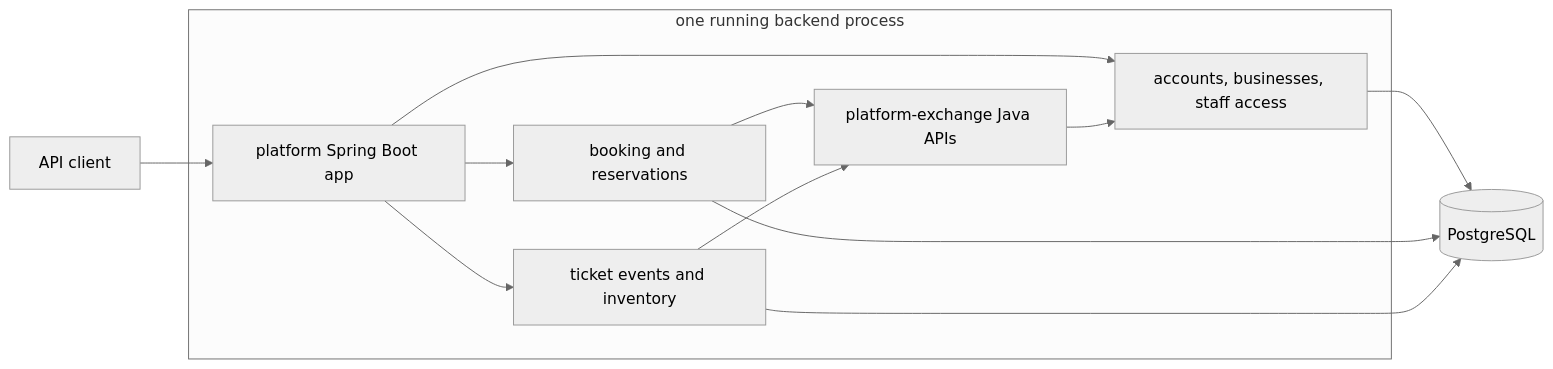
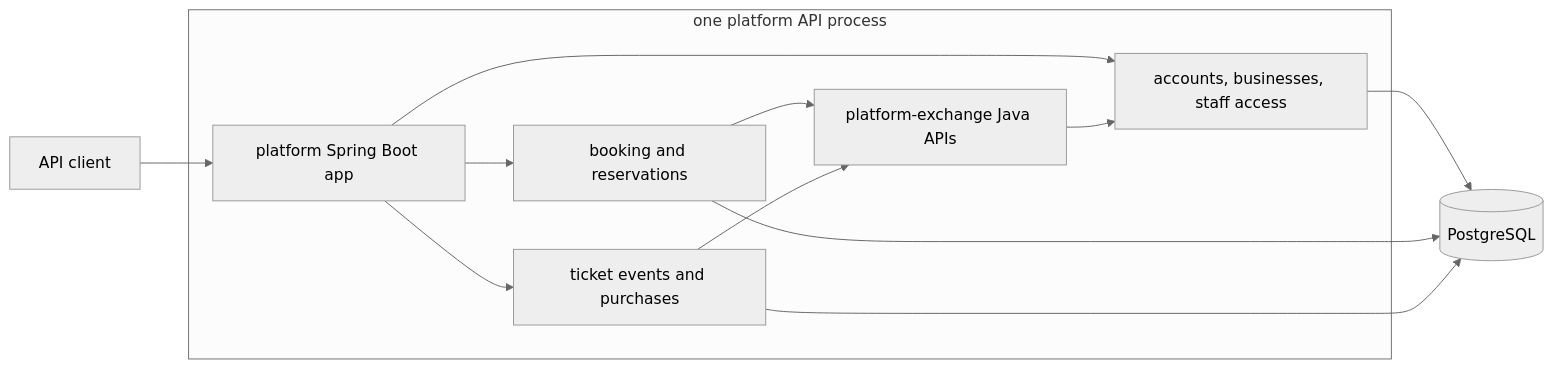
One commit to jaeyeopme/resrv changed the first of 2 diagrams in README.md. Above: the diagram before and after it, drawn with Mermaid (neutral theme). The commit also changed other lines of this file and 9 other files, not shown here.

````diff
--- a/README.md
+++ b/README.md
@@ -56,22 +109,22 @@
 ```mermaid
 flowchart LR
-    subgraph runtime[one running backend process]
+    subgraph runtime[one platform API process]
         app[platform Spring Boot app]
         platform[accounts, businesses, staff access]
         timeslot[booking and reservations]
-        ticketing[ticket events and inventory]
+        ticketing[ticket events and purchases]
         exchange[platform-exchange Java APIs]
 
         app --> platform
         app --> timeslot
         app --> ticketing
         timeslot --> exchange
         ticketing --> exchange
         exchange --> platform
     end
 
     client[API client] --> app
     platform --> db[(PostgreSQL)]
     timeslot --> db
     ticketing --> db
 ```
````
